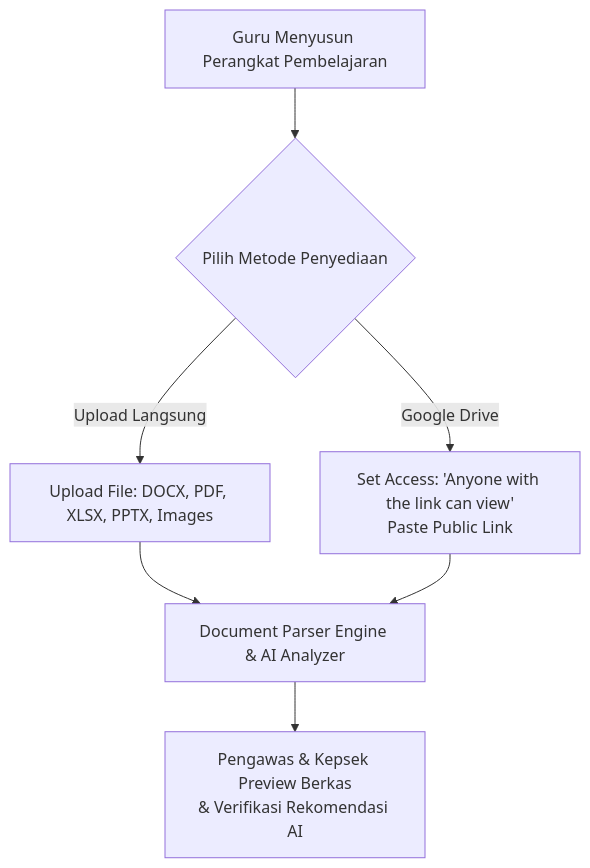
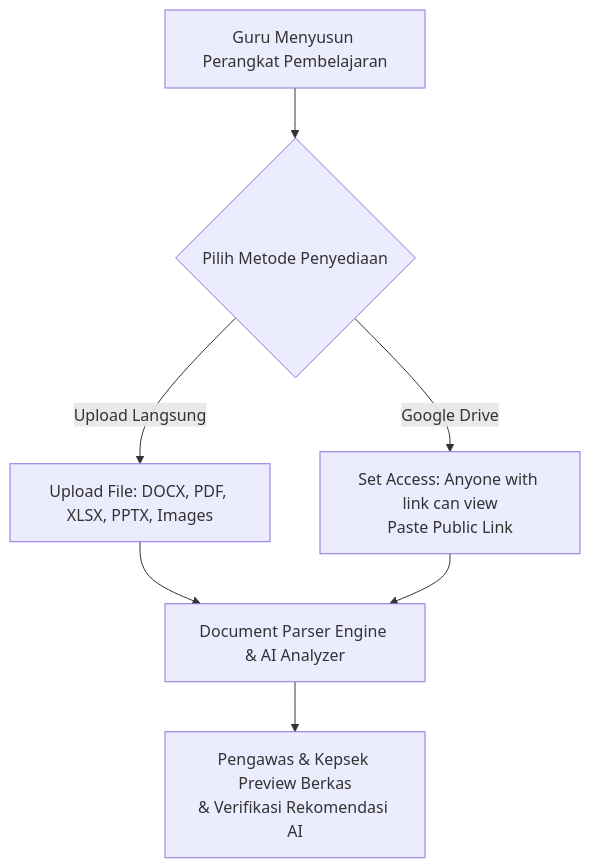
The first of 2 diagrams in docs/06-integrasi-google-drive.md (Hnzsama/supervisi_sekolah), drawn with Mermaid before and after one commit. The commit also changed other lines of this file and 3 other files, not shown here.

Commit message:
fix(docs): perbaiki sintaks diagram Mermaid pada dokumen 01, 06, dan 13

````diff
--- a/docs/06-integrasi-google-drive.md
+++ b/docs/06-integrasi-google-drive.md
@@ -14,11 +14,11 @@
 ```mermaid
 flowchart TD
-    G[Guru Menyusun Perangkat Pembelajaran] --> CHOICE{Pilih Metode Penyediaan}
-    CHOICE -->|Upload Langsung| UPLOAD[Upload File: DOCX, PDF, XLSX, PPTX, Images]
-    CHOICE -->|Google Drive| GDRIVE[Set Access: 'Anyone with the link can view'<br/>Paste Public Link]
+    G["Guru Menyusun Perangkat Pembelajaran"] --> CHOICE{"Pilih Metode Penyediaan"}
+    CHOICE -->|Upload Langsung| UPLOAD["Upload File: DOCX, PDF, XLSX, PPTX, Images"]
+    CHOICE -->|Google Drive| GDRIVE["Set Access: Anyone with link can view<br/>Paste Public Link"]
     
-    UPLOAD --> PARSER[Document Parser Engine & AI Analyzer]
+    UPLOAD --> PARSER["Document Parser Engine & AI Analyzer"]
     GDRIVE --> PARSER
     
-    PARSER --> REVIEW[Pengawas & Kepsek Preview Berkas<br/>& Verifikasi Rekomendasi AI]
+    PARSER --> REVIEW["Pengawas & Kepsek Preview Berkas<br/>& Verifikasi Rekomendasi AI"]
 ```
````
